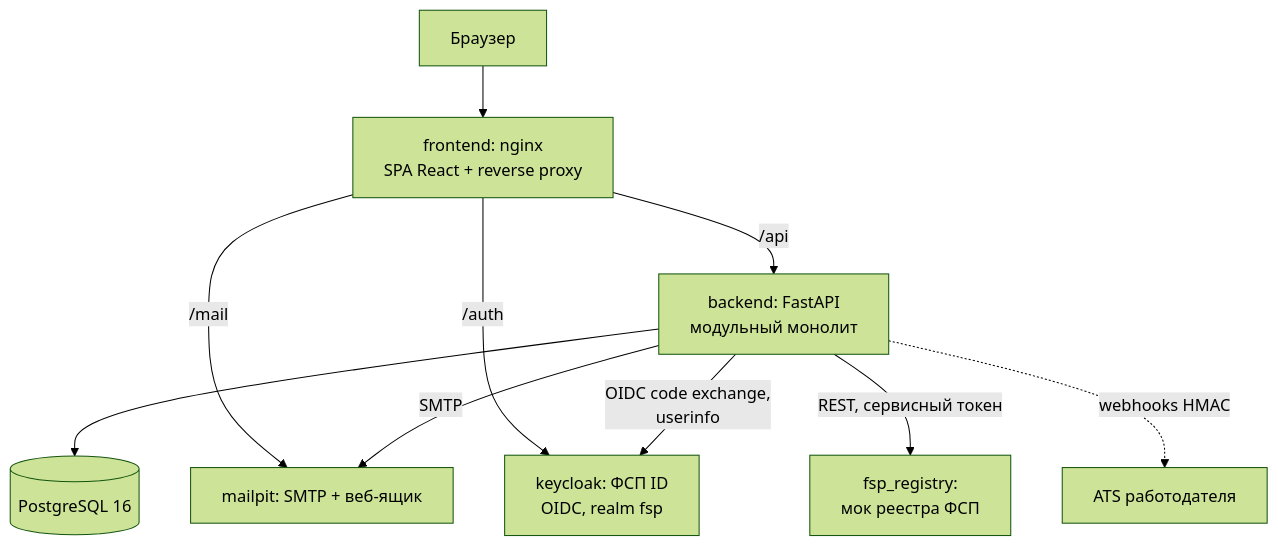
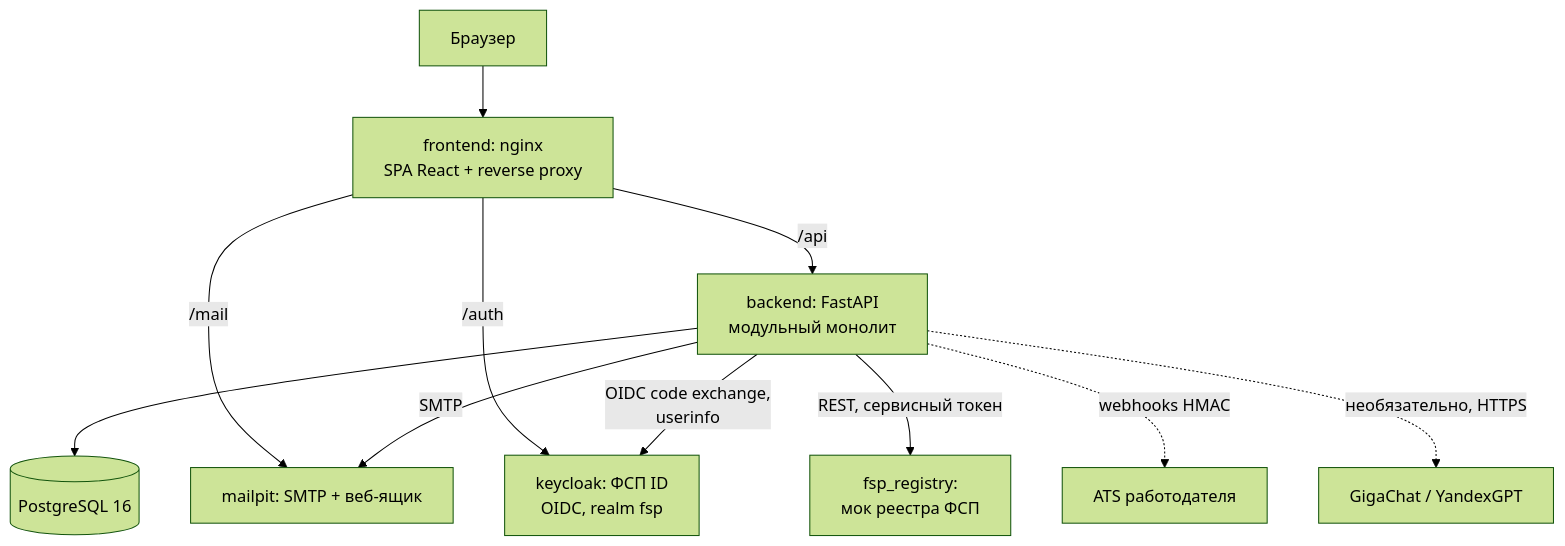
Before and after one commit to kireev-duty/VeriCode: the second of 3 diagrams in docs/01-architecture.md, drawn with Mermaid (forest theme). The commit also changed other lines of this file and 118 other files, not shown here.

````diff
--- a/docs/01-architecture.md
+++ b/docs/01-architecture.md
@@ -45,12 +45,13 @@
 ```mermaid
 flowchart TB
   U[Браузер] --> NG[frontend: nginx<br/>SPA React + reverse proxy]
   NG -->|/api| BE[backend: FastAPI<br/>модульный монолит]
   NG -->|/auth| KC[keycloak: ФСП ID<br/>OIDC, realm fsp]
   NG -->|/mail| MP[mailpit: SMTP + веб-ящик]
   BE --> DB[(PostgreSQL 16)]
   BE -->|SMTP| MP
   BE -->|OIDC code exchange,<br/>userinfo| KC
   BE -->|REST, сервисный токен| REG[fsp_registry:<br/>мок реестра ФСП]
   BE -.->|webhooks HMAC| ATS[ATS работодателя]
+  BE -.->|необязательно, HTTPS| LLM[GigaChat / YandexGPT]
 ```
````
